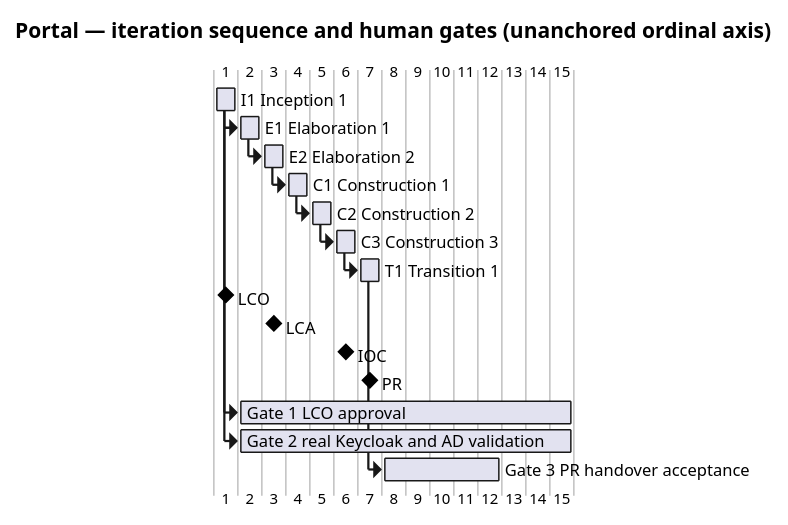
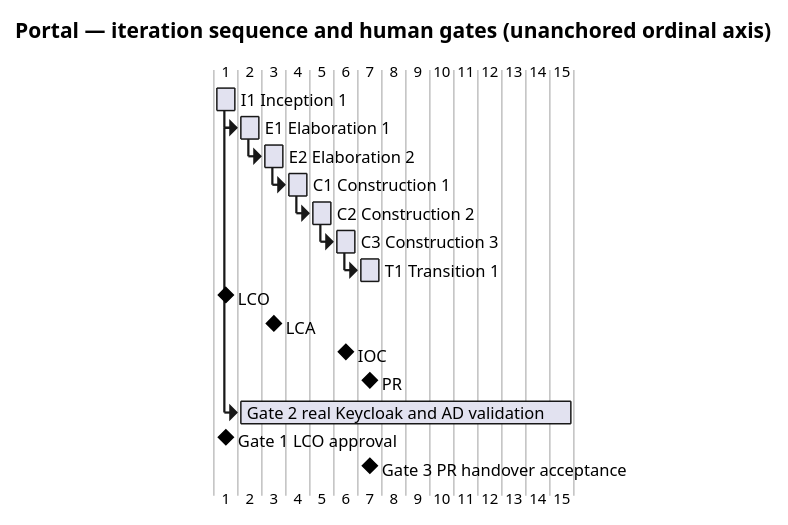
One commit to banense-test/portal changed the second of 3 diagrams in docs/artifacts/project-management/iteration-plan.md. Above: the diagram before and after it, drawn with PlantUML. The commit also changed other lines of this file, not shown here.

````diff
--- a/docs/artifacts/project-management/iteration-plan.md
+++ b/docs/artifacts/project-management/iteration-plan.md
@@ -114,32 +113,30 @@
 ```plantuml
 @startgantt
 title Portal — iteration sequence and human gates (unanchored ordinal axis)
 
 [I1 Inception 1] lasts 1 day
 [E1 Elaboration 1] lasts 1 day
 [E2 Elaboration 2] lasts 1 day
 [C1 Construction 1] lasts 1 day
 [C2 Construction 2] lasts 1 day
 [C3 Construction 3] lasts 1 day
 [T1 Transition 1] lasts 1 day
 
 [E1 Elaboration 1] starts at [I1 Inception 1]'s end
 [E2 Elaboration 2] starts at [E1 Elaboration 1]'s end
 [C1 Construction 1] starts at [E2 Elaboration 2]'s end
 [C2 Construction 2] starts at [C1 Construction 1]'s end
 [C3 Construction 3] starts at [C2 Construction 2]'s end
 [T1 Transition 1] starts at [C3 Construction 3]'s end
 
 [LCO] happens at [I1 Inception 1]'s end
 [LCA] happens at [E2 Elaboration 2]'s end
 [IOC] happens at [C3 Construction 3]'s end
 [PR] happens at [T1 Transition 1]'s end
 
-[Gate 1 LCO approval] lasts 14 days
-[Gate 1 LCO approval] starts at [I1 Inception 1]'s end
 [Gate 2 real Keycloak and AD validation] lasts 14 days
 [Gate 2 real Keycloak and AD validation] starts at [E1 Elaboration 1]'s start
-[Gate 3 PR handover acceptance] lasts 5 days
-[Gate 3 PR handover acceptance] starts at [T1 Transition 1]'s end
+[Gate 1 LCO approval] happens at [I1 Inception 1]'s end
+[Gate 3 PR handover acceptance] happens at [T1 Transition 1]'s end
 @endgantt
 ```
````
